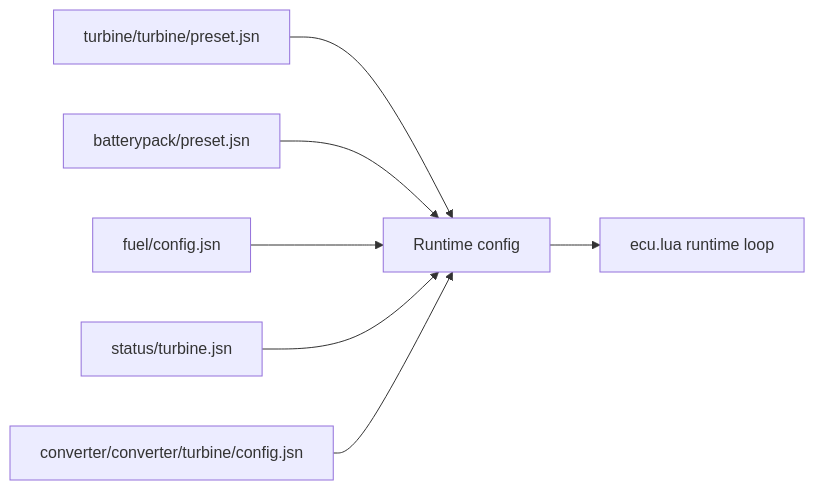
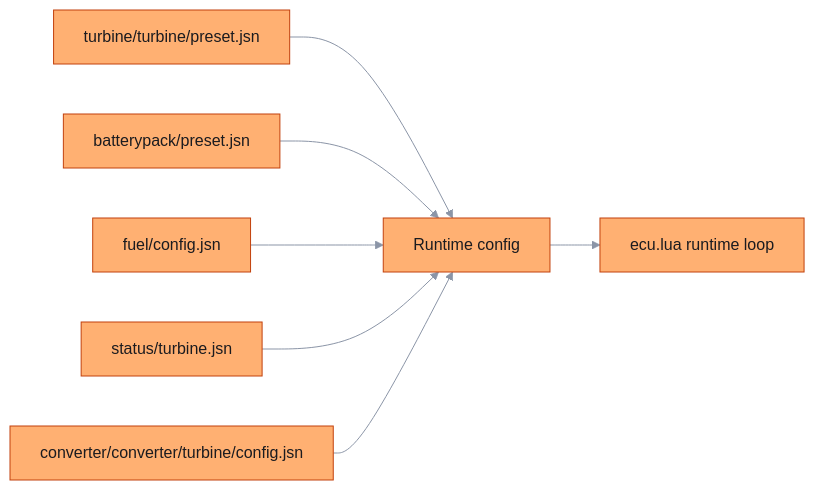
One commit to thomasekdahlN/jeti-ecu-telemetry-dashboard changed the fifth of 7 diagrams in README.md. Above: the diagram before and after it, drawn with Mermaid. The commit also changed other lines of this file and 2 other files, not shown here.

First line of the commit message:
docs: restyle README with banner, badges, callouts and themed diagrams

````diff
--- a/README.md
+++ b/README.md
@@ -551,9 +631,10 @@
 ```mermaid
+%%{init: {'theme':'base','themeVariables':{'primaryColor':'#ffb072','primaryTextColor':'#1b1b1f','primaryBorderColor':'#c2410c','secondaryColor':'#bae6fd','tertiaryColor':'#e2e8f0','lineColor':'#8b95a7','textColor':'#8b95a7','signalColor':'#8b95a7','signalTextColor':'#8b95a7','actorBkg':'#ffb072','actorBorder':'#c2410c','actorTextColor':'#1b1b1f','noteBkgColor':'#bae6fd','noteTextColor':'#1b1b1f'}}}%%
 flowchart LR
     T["turbine/turbine/preset.jsn"] --> C[Runtime config]
     B["batterypack/preset.jsn"] --> C
     F["fuel/config.jsn"] --> C
     S["status/turbine.jsn"] --> C
     V["converter/converter/turbine/config.jsn"] --> C
     C --> R[ecu.lua runtime loop]
 ```
````
